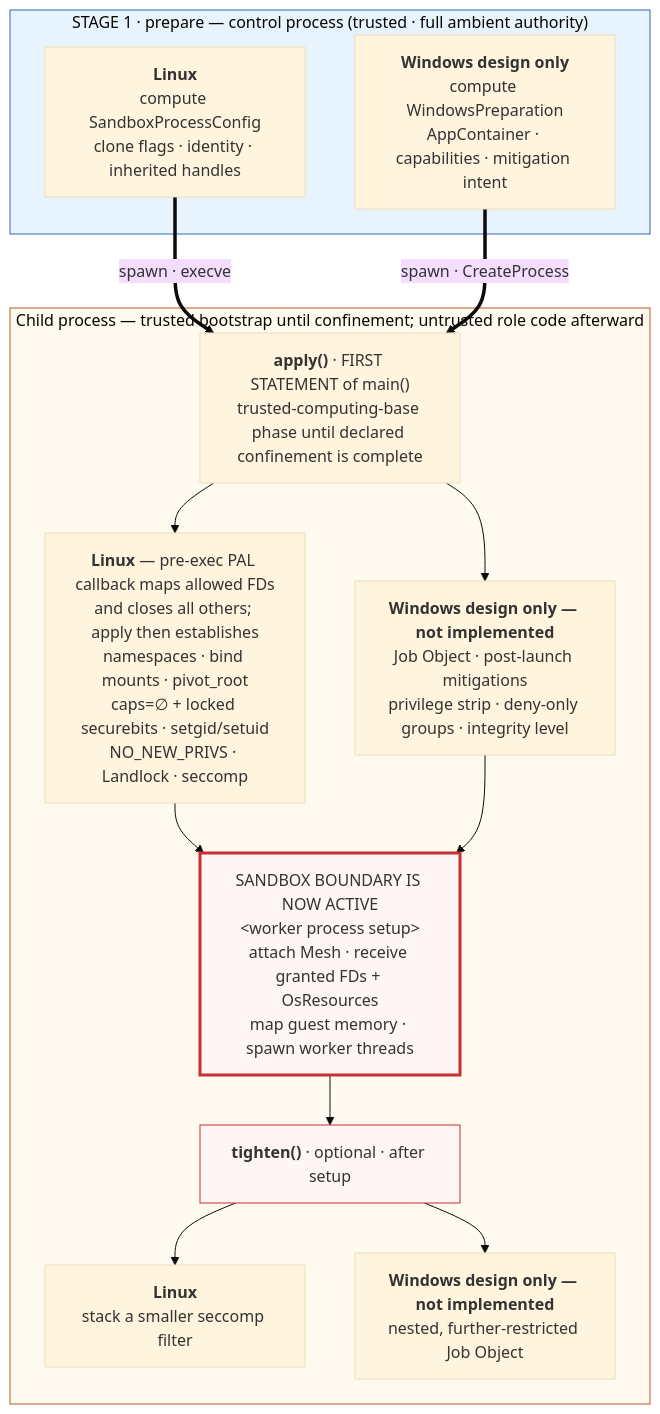
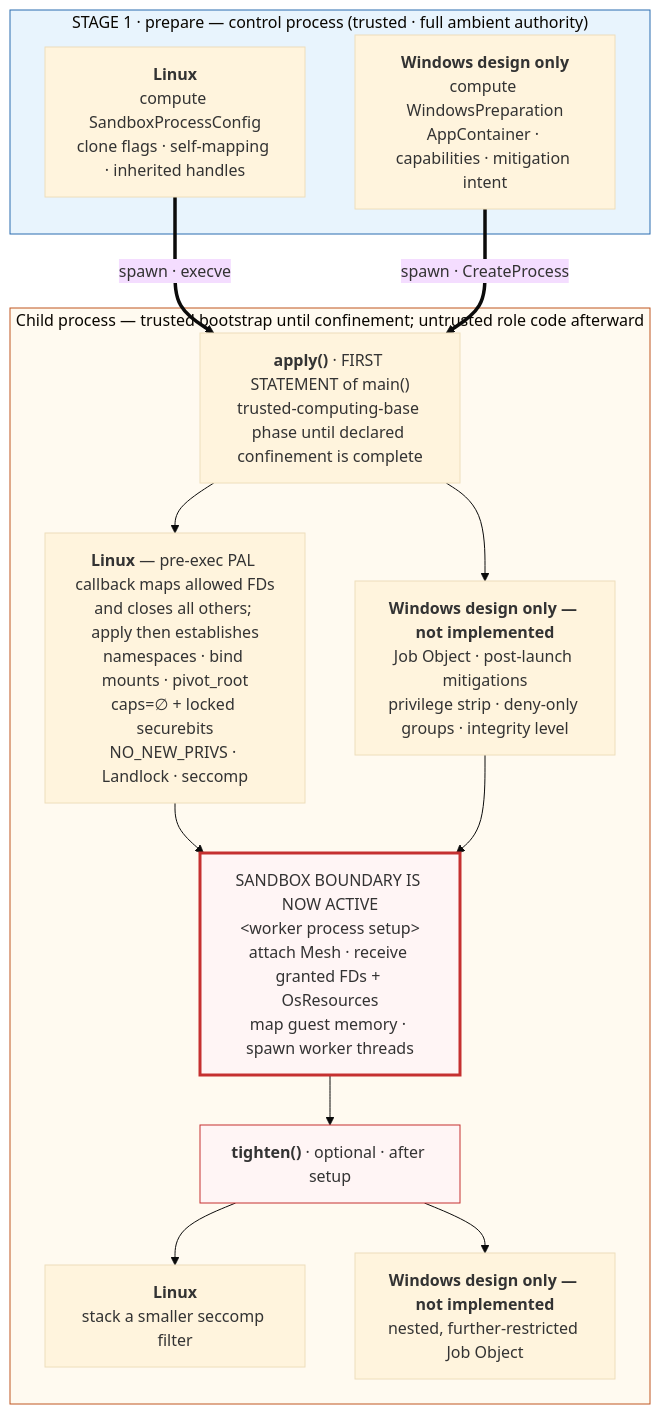
Before and after one commit to microsoft/openvmm: the first of 4 diagrams in support/sandbox/docs/Sandbox_design.md, drawn with Mermaid (base theme). The commit also changed other lines of this file and 5 other files, not shown here.

````diff
--- a/support/sandbox/docs/Sandbox_design.md
+++ b/support/sandbox/docs/Sandbox_design.md
@@ -284,33 +284,33 @@
 ```mermaid
 graph TB
     subgraph CTRL["STAGE 1 · prepare — control process (trusted · full ambient authority)"]
-        PL["<b>Linux</b><br/>compute SandboxProcessConfig<br/>clone flags · identity · inherited handles"]
+        PL["<b>Linux</b><br/>compute SandboxProcessConfig<br/>clone flags · self-mapping · inherited handles"]
         PW["<b>Windows design only</b><br/>compute WindowsPreparation<br/>AppContainer · capabilities · mitigation intent"]
     end
 
     subgraph CHILD["Child process — trusted bootstrap until confinement; untrusted role code afterward"]
         AP["<b>apply()</b> · FIRST STATEMENT of main()<br/>trusted-computing-base phase until declared confinement is complete"]
-        APL["<b>Linux</b> — pre-exec PAL callback maps allowed FDs<br/>and closes all others; apply then establishes<br/>namespaces · bind mounts · pivot_root<br/>caps=∅ + locked securebits · setgid/setuid<br/>NO_NEW_PRIVS · Landlock · seccomp"]
+        APL["<b>Linux</b> — pre-exec PAL callback maps allowed FDs<br/>and closes all others; apply then establishes<br/>namespaces · bind mounts · pivot_root<br/>caps=∅ + locked securebits<br/>NO_NEW_PRIVS · Landlock · seccomp"]
         APW["<b>Windows design only — not implemented</b><br/>Job Object · post-launch mitigations<br/>privilege strip · deny-only groups · integrity level"]
         SETUP["SANDBOX BOUNDARY IS NOW ACTIVE<br/>&lt;worker process setup&gt;<br/>attach Mesh · receive granted FDs + OsResources<br/>map guest memory · spawn worker threads"]
         TI["<b>tighten()</b> · optional · after setup"]
         TIL["<b>Linux</b><br/>stack a smaller seccomp filter"]
         TIW["<b>Windows design only — not implemented</b><br/>nested, further-restricted Job Object"]
 
         AP --> APL
         AP --> APW
         APL --> SETUP
         APW --> SETUP
         SETUP --> TI
         TI --> TIL
         TI --> TIW
     end
 
     PL ==>|spawn · execve| AP
     PW ==>|spawn · CreateProcess| AP
 
     style CTRL fill:#e8f4fd,stroke:#2b6cb0
     style CHILD fill:#fffaf0,stroke:#c05621
     style SETUP fill:#fff5f5,stroke:#c53030,stroke-width:3px
     style TI fill:#fff5f5,stroke:#c53030
 ```
````
